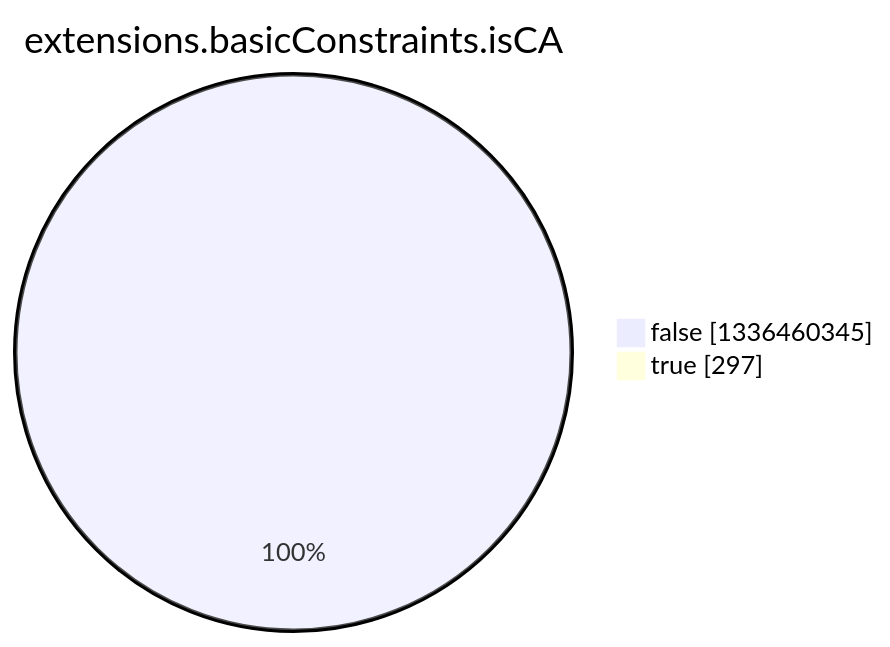
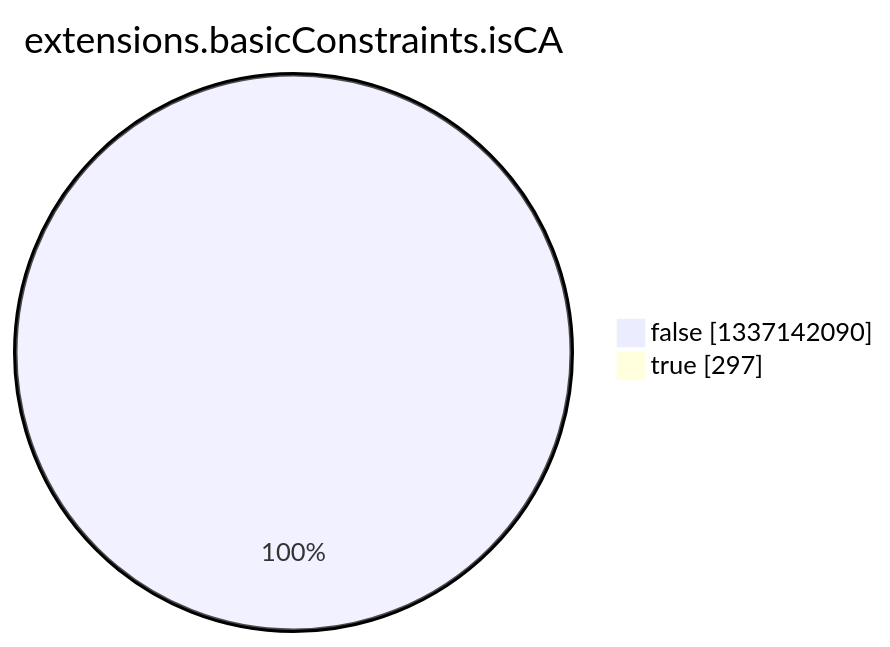
The eighth of 15 diagrams in argon2022/README.md (christiankrug/ctmonitor_visualization), drawn with Mermaid before and after one commit. The commit also changed other lines of this file, not shown here.

````diff
--- a/argon2022/README.md
+++ b/argon2022/README.md
@@ -2758,6 +2758,6 @@
 ```mermaid
 pie showData
 title extensions.basicConstraints.isCA
-"false" :1336460345
+"false" :1337142090
 "true" :297
 ```
````
